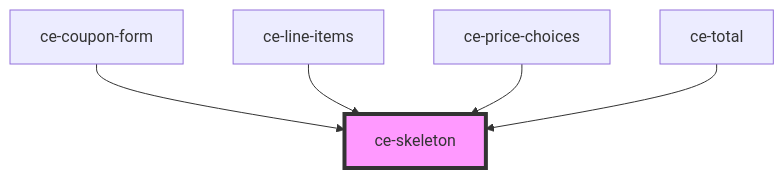
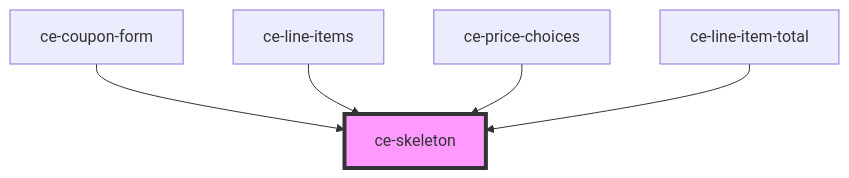
Before and after one commit to surecart/surecart-wp-plugin: the diagram in packages/components/src/components/ui/skeleton/readme.md, drawn with Mermaid. The commit also changed other lines of this file and 30 other files, not shown here.

````diff
--- a/packages/components/src/components/ui/skeleton/readme.md
+++ b/packages/components/src/components/ui/skeleton/readme.md
@@ -42,8 +42,8 @@
 ```mermaid
 graph TD;
   ce-coupon-form --> ce-skeleton
   ce-line-items --> ce-skeleton
   ce-price-choices --> ce-skeleton
-  ce-total --> ce-skeleton
+  ce-line-item-total --> ce-skeleton
   style ce-skeleton fill:#f9f,stroke:#333,stroke-width:4px
 ```
````
